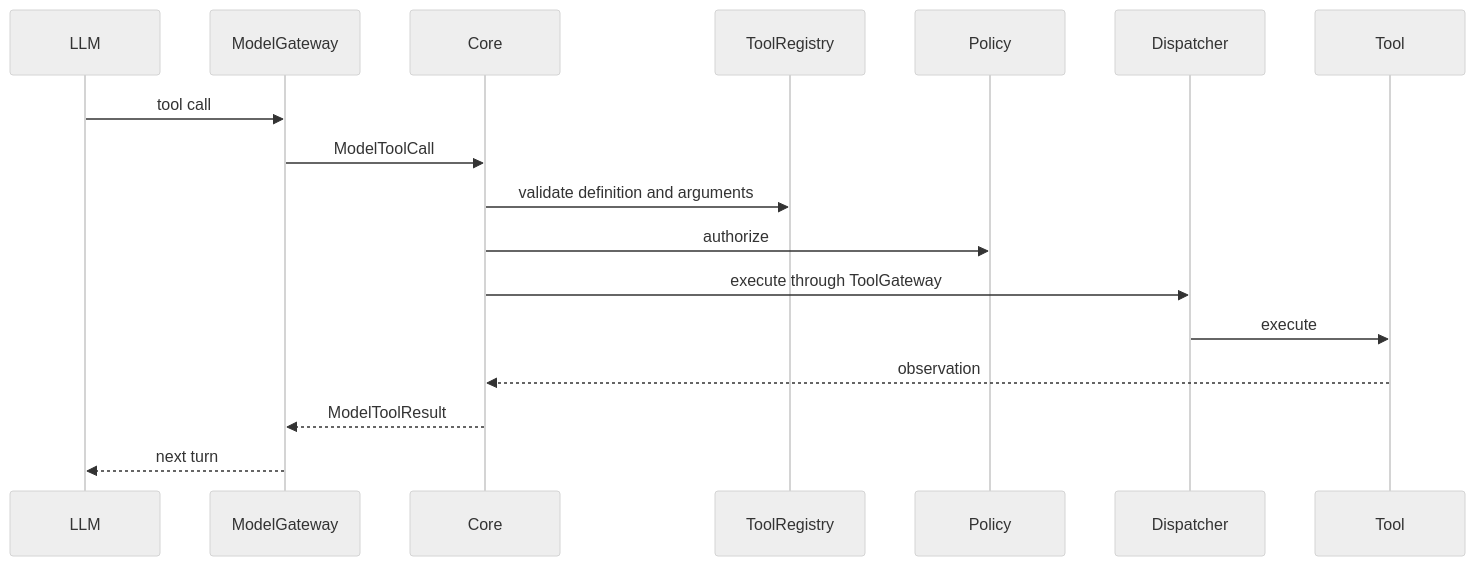
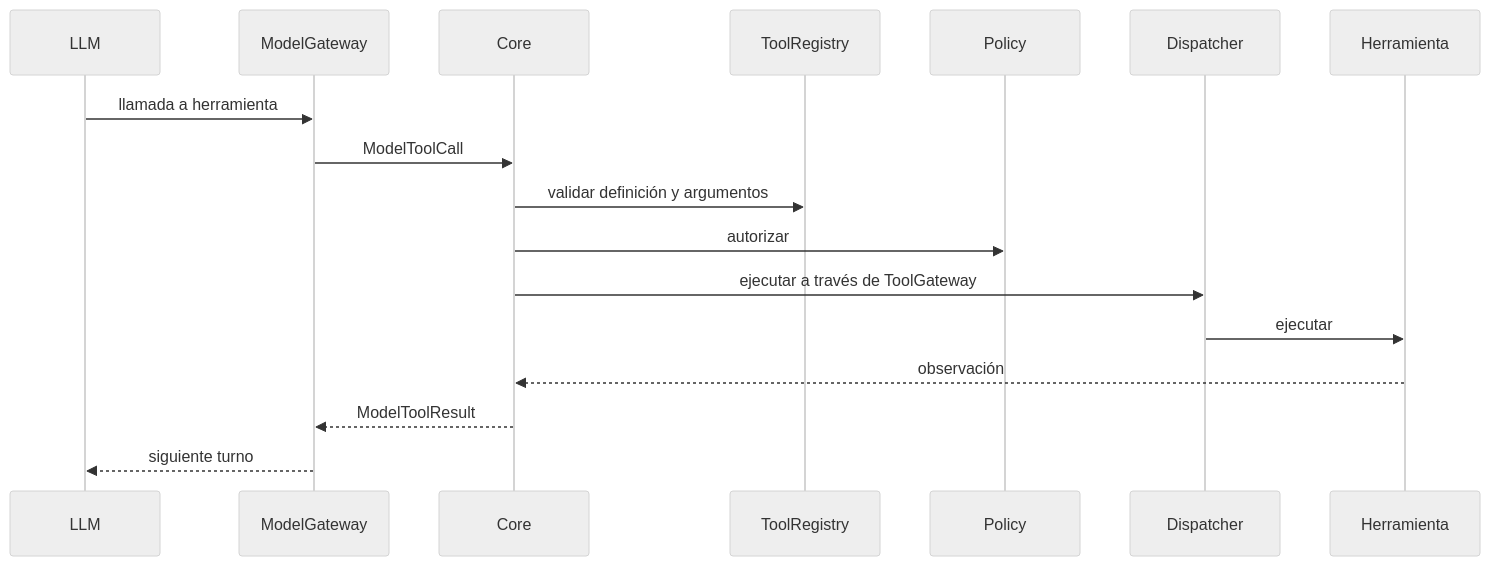
One commit to johangonzahenri/ai-operating-platform changed the diagram in docs/TOOL_CALLING.md. Above: the diagram before and after it, drawn with Mermaid (neutral theme). The commit also changed other lines of this file and 39 other files, not shown here.

````diff
--- a/docs/TOOL_CALLING.md
+++ b/docs/TOOL_CALLING.md
@@ -6,19 +6,19 @@
 ```mermaid
 sequenceDiagram
   participant L as LLM
   participant G as ModelGateway
   participant C as Core
   participant R as ToolRegistry
   participant P as Policy
   participant D as Dispatcher
-  participant T as Tool
-  L->>G: tool call
+  participant T as Herramienta
+  L->>G: llamada a herramienta
   G->>C: ModelToolCall
-  C->>R: validate definition and arguments
-  C->>P: authorize
-  C->>D: execute through ToolGateway
-  D->>T: execute
-  T-->>C: observation
+  C->>R: validar definición y argumentos
+  C->>P: autorizar
+  C->>D: ejecutar a través de ToolGateway
+  D->>T: ejecutar
+  T-->>C: observación
   C-->>G: ModelToolResult
-  G-->>L: next turn
+  G-->>L: siguiente turno
 ```
````
